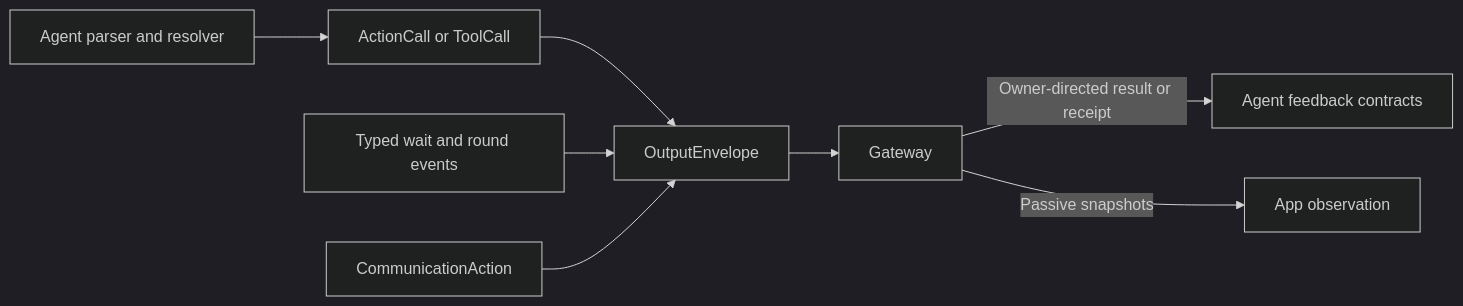
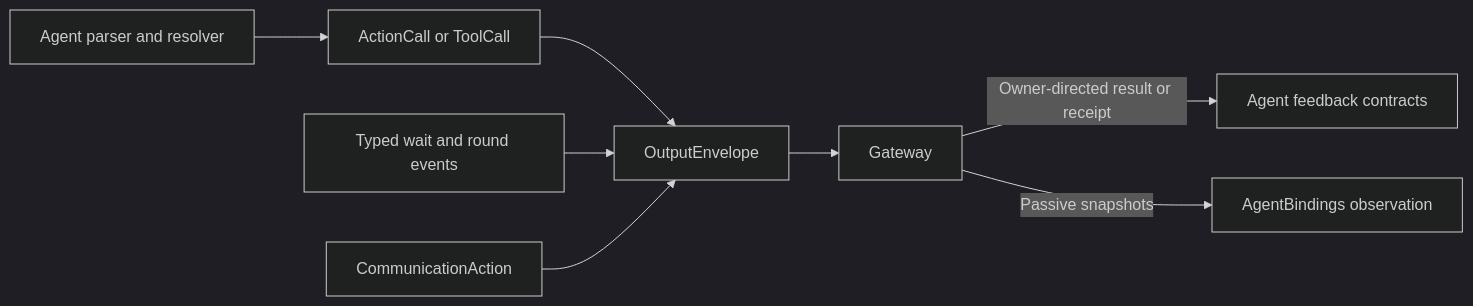
Before and after one commit to devilyouwei/MobileHarness: the diagram in MobileHarness/Agents/Support/Core/Output/README.md, drawn with Mermaid (dark theme). The commit also changed 254 other files, not shown here.

First line of the commit message:
refactor: isolate app composition and module bindings

````diff
--- a/MobileHarness/Agents/Support/Core/Output/README.md
+++ b/MobileHarness/Agents/Support/Core/Output/README.md
@@ -15,10 +15,10 @@
 ```mermaid
 flowchart LR
  Generator[Agent parser and resolver] --> Calls[ActionCall or ToolCall]
  Calls --> Envelope[OutputEnvelope]
  Scheduling[Typed wait and round events] --> Envelope
  Communication[CommunicationAction] --> Envelope
  Envelope --> Gateway
  Gateway -->|Owner-directed result or receipt| Feedback[Agent feedback contracts]
- Gateway -->|Passive snapshots| Observer[App observation]
+ Gateway -->|Passive snapshots| Observer[AgentBindings observation]
 ```
````
